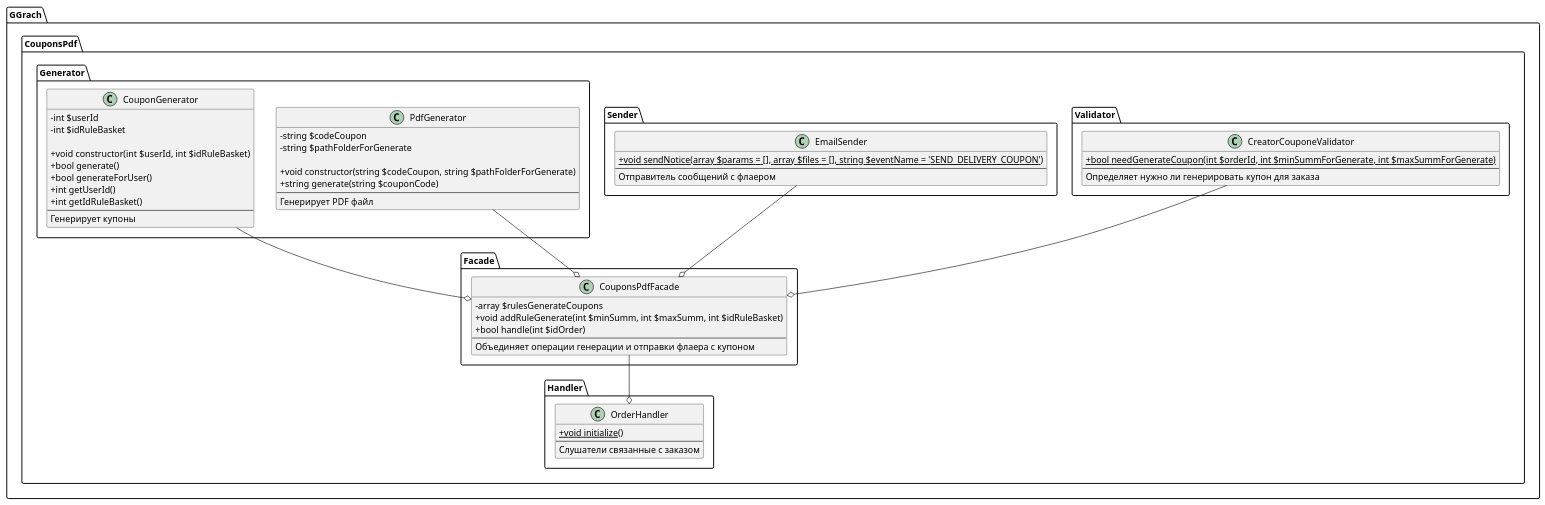
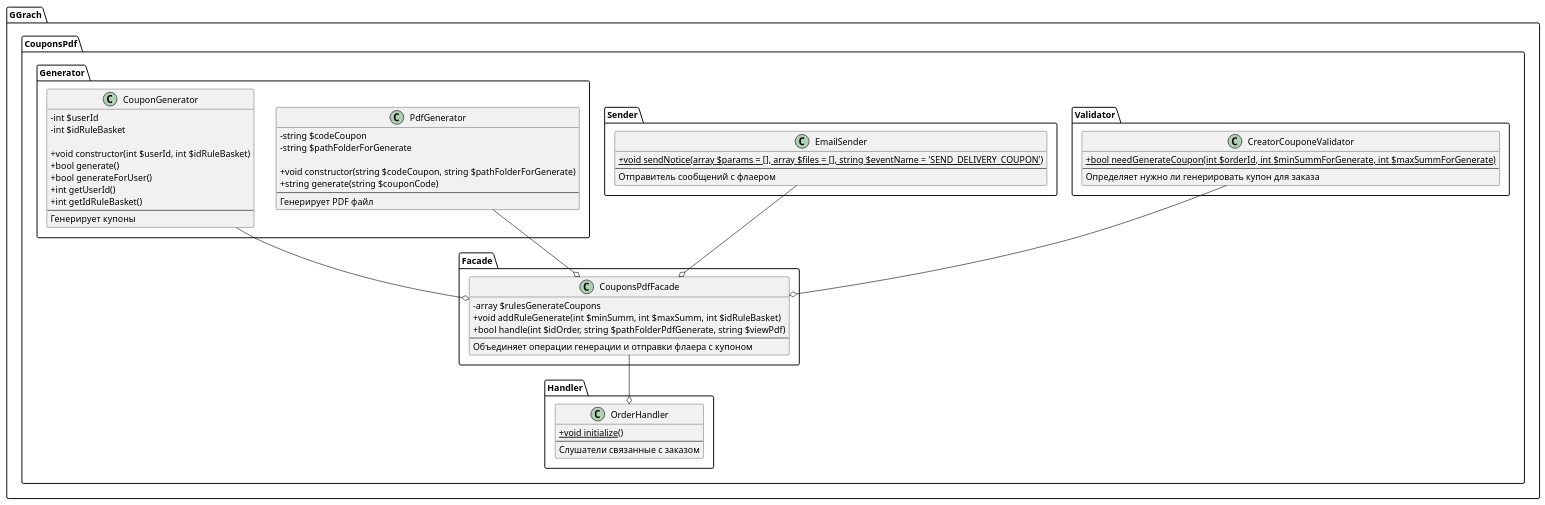
Before and after one commit to ggrachdev/bitrix_module_coupons_pdf: the diagram in classes/structure.puml, drawn with PlantUML. The commit also changed 4 other files, not shown here.

```diff
--- a/classes/structure.puml
+++ b/classes/structure.puml
@@ -1,75 +1,75 @@
 @startuml
 
 skinparam classAttributeIconSize 0
 
 package GGrach.CouponsPdf {
     namespace Handler {
         class OrderHandler {
           + {static} void initialize()
           --
           Слушатели связанные с заказом 
         }
     }
 
     namespace Validator {
         class CreatorCouponeValidator{
           + {static} bool needGenerateCoupon(int $orderId, int $minSummForGenerate, int $maxSummForGenerate)
           --
           Определяет нужно ли генерировать купон для заказа
         }
     }
 
     namespace Sender {
         class EmailSender {
           + {static} void sendNotice(array $params = [], array $files = [], string $eventName = 'SEND_DELIVERY_COUPON')
           --
           Отправитель сообщений с флаером
         }
     }
 
     namespace Generator {
         class PdfGenerator {
           - string $сodeCoupon
           - string $pathFolderForGenerate
 
           + void constructor(string $сodeCoupon, string $pathFolderForGenerate)
           + string generate(string $couponCode)
           --
           Генерирует PDF файл
         }
 
         class CouponGenerator {
           - int $userId
           - int $idRuleBasket
 
           + void constructor(int $userId, int $idRuleBasket)
           + bool generate()
           + bool generateForUser()
           + int getUserId()
           + int getIdRuleBasket()
           --
           Генерирует купоны
         }
     }
 
 
     namespace Facade {
         class CouponsPdfFacade {
           - array $rulesGenerateCoupons
           + void addRuleGenerate(int $minSumm, int $maxSumm, int $idRuleBasket)
-          + bool handle(int $idOrder)
+          + bool handle(int $idOrder, string $pathFolderPdfGenerate, string $viewPdf)
           --
           Объединяет операции генерации и отправки флаера с купоном
         }
     }
 
 
     Generator.CouponGenerator --o Facade.CouponsPdfFacade
     Generator.PdfGenerator --o Facade.CouponsPdfFacade
     Validator.CreatorCouponeValidator --o Facade.CouponsPdfFacade
     Sender.EmailSender --o Facade.CouponsPdfFacade
 
     Facade.CouponsPdfFacade --o Handler.OrderHandler
 }
 
 @enduml
```
